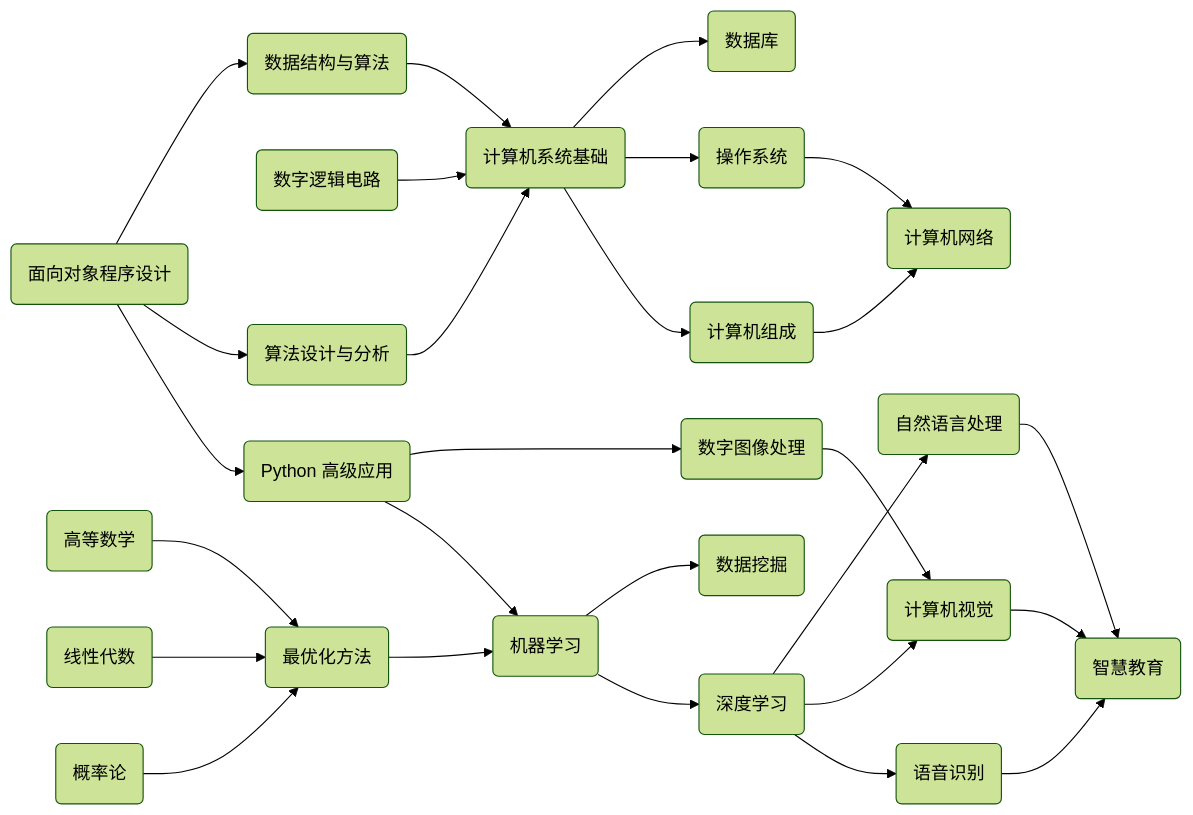
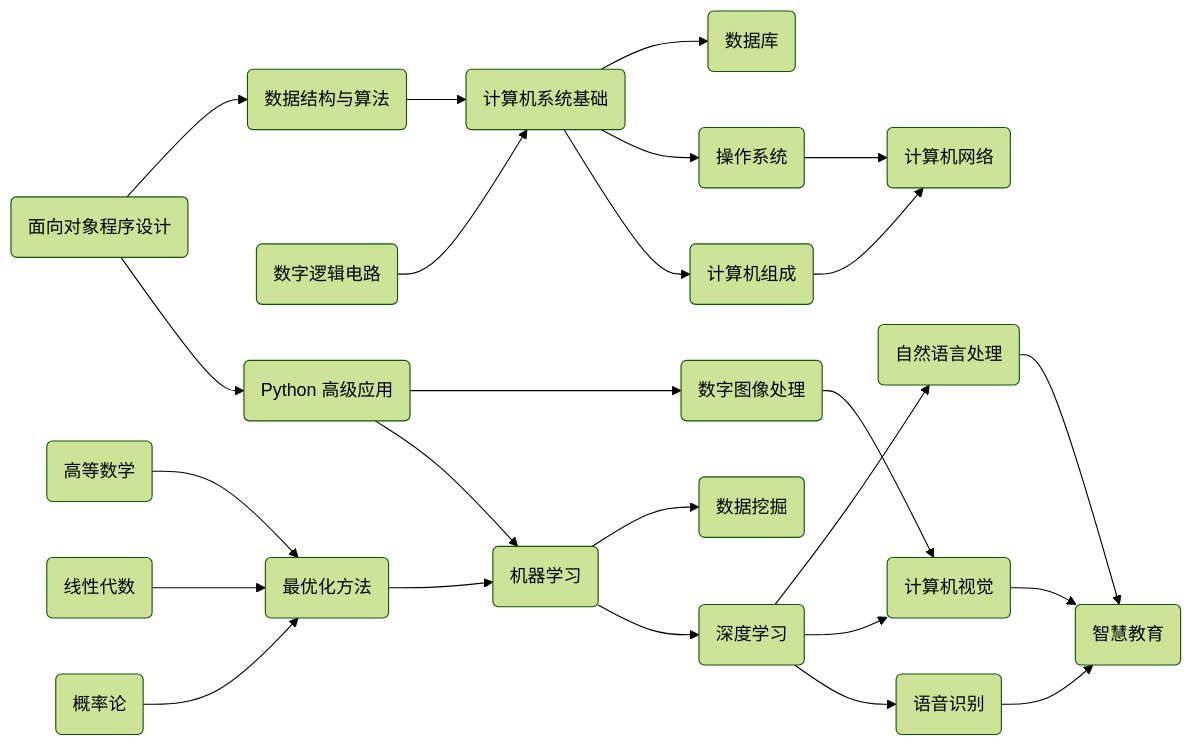
One commit to Explorer-Dong/explorer-dong.github.io changed the first of 2 diagrams in docs/index.md. Above: the diagram before and after it, drawn with Mermaid (forest theme). The commit also changed 44 other files, not shown here.

````diff
--- a/docs/index.md
+++ b/docs/index.md
@@ -31,64 +31,62 @@
 ```mermaid
 flowchart LR
     面向对象程序设计(面向对象程序设计)
     数据结构与算法(数据结构与算法)
     数字逻辑电路(数字逻辑电路)
-    算法设计与分析(算法设计与分析)
     计算机系统基础(计算机系统基础)
     数据库(数据库)
     操作系统(操作系统)
     计算机组成(计算机组成)
     计算机网络(计算机网络)
 
-    面向对象程序设计 --> 数据结构与算法 & 算法设计与分析 --> 计算机系统基础
+    面向对象程序设计 --> 数据结构与算法 --> 计算机系统基础
     数字逻辑电路 --> 计算机系统基础 --> 数据库 & 操作系统 & 计算机组成
     计算机组成 & 操作系统 --> 计算机网络
 
     Python高级应用(Python 高级应用)
     数字图像处理(数字图像处理)
     机器学习(机器学习)
     深度学习(深度学习)
     数据挖掘(数据挖掘)
     自然语言处理(自然语言处理)
     计算机视觉(计算机视觉)
     语音识别(语音识别)
     智慧教育(智慧教育)
 
     Python高级应用 --> 数字图像处理 & 机器学习
     机器学习 --> 数据挖掘 & 深度学习
     深度学习 --> 自然语言处理 & 计算机视觉 & 语音识别 --> 智慧教育
     数字图像处理 --> 计算机视觉
 
     高等数学(高等数学)
     线性代数(线性代数)
     概率论(概率论)
     最优化方法(最优化方法)
     高等数学 & 线性代数 & 概率论 --> 最优化方法 --> 机器学习
     面向对象程序设计 --> Python高级应用
 
     %% 跳转链接
-    click 高等数学 "./GPA/1st-term/AdvancedMath/"
-    click 线性代数 "./GPA/3rd-term/LinearAlgebra/"
-    click 概率论 "./GPA/4th-term/ProbAndStat/"
-    click 最优化方法 "./GPA/4th-term/OptMethod/"
+    click 高等数学 "./base/advanced-math/"
+    click 线性代数 "./base/linear-algebra/"
+    click 概率论 "./base/probability-and-statistics/"
+    click 最优化方法 "./base/optimization-method/"
 
-    click 面向对象程序设计 "./GPA/2nd-term/ObjectOrientedProgramming/"
+    click 面向对象程序设计 "./base/object-oriented-programming/"
+    click 数字逻辑电路 "./base/digital-logic-circuit/"
+    click 计算机系统基础 "./base/computer-system-basic/"
+    click 数据库 "./base/database/"
     click 数据结构与算法 "./ds-and-algo/"
-    click 数字逻辑电路 "./GPA/3rd-term/DigitalLogicCircuit/"
-    click 算法设计与分析 "./GPA/4th-term/PyAlgo/"
-    click 计算机系统基础 "./GPA/4th-term/SysBasic/"
-    click 数据库 "./GPA/5th-term/DataBase/"
     click 操作系统 "./base/operating-system/"
-    click 计算机组成 "./GPA/5th-term/ComputerOrganization/"
+    click 计算机组成 "./base/computer-organization/"
     click 计算机网络 "./base/computer-network/"
 
-    click Python高级应用 "./GPA/4th-term/PyApply/"
-    click 数字图像处理 "./GPA/5th-term/DigitalImageProcessing/"
+    click Python高级应用 "./base/python-application/"
+    click 数字图像处理 "./base/digital-image-processing/"
     click 机器学习 "./base/machine-learning/"
     click 深度学习 "./base/deep-learning/"
     click 数据挖掘 "./base/data-mining/"
     click 自然语言处理 "./base/natural-language-processing/"
     click 计算机视觉 "./base/computer-vision/"
     click 语音识别 "./base/speech-recognition/"
     click 智慧教育 "./base/intelligent-education/"
 ```
````
